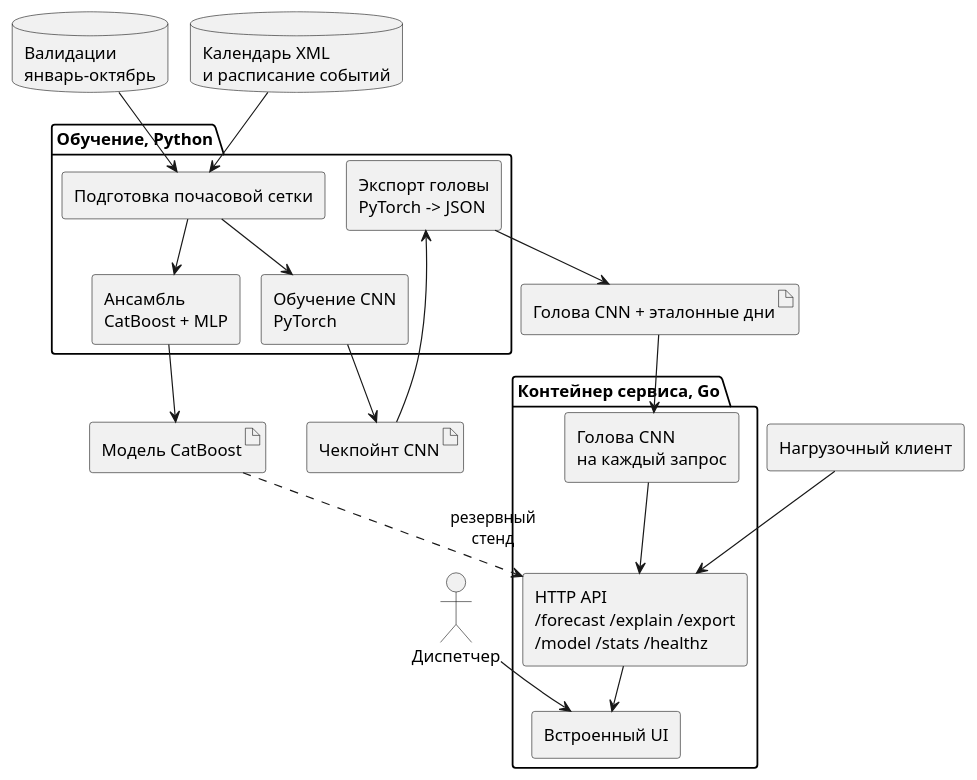
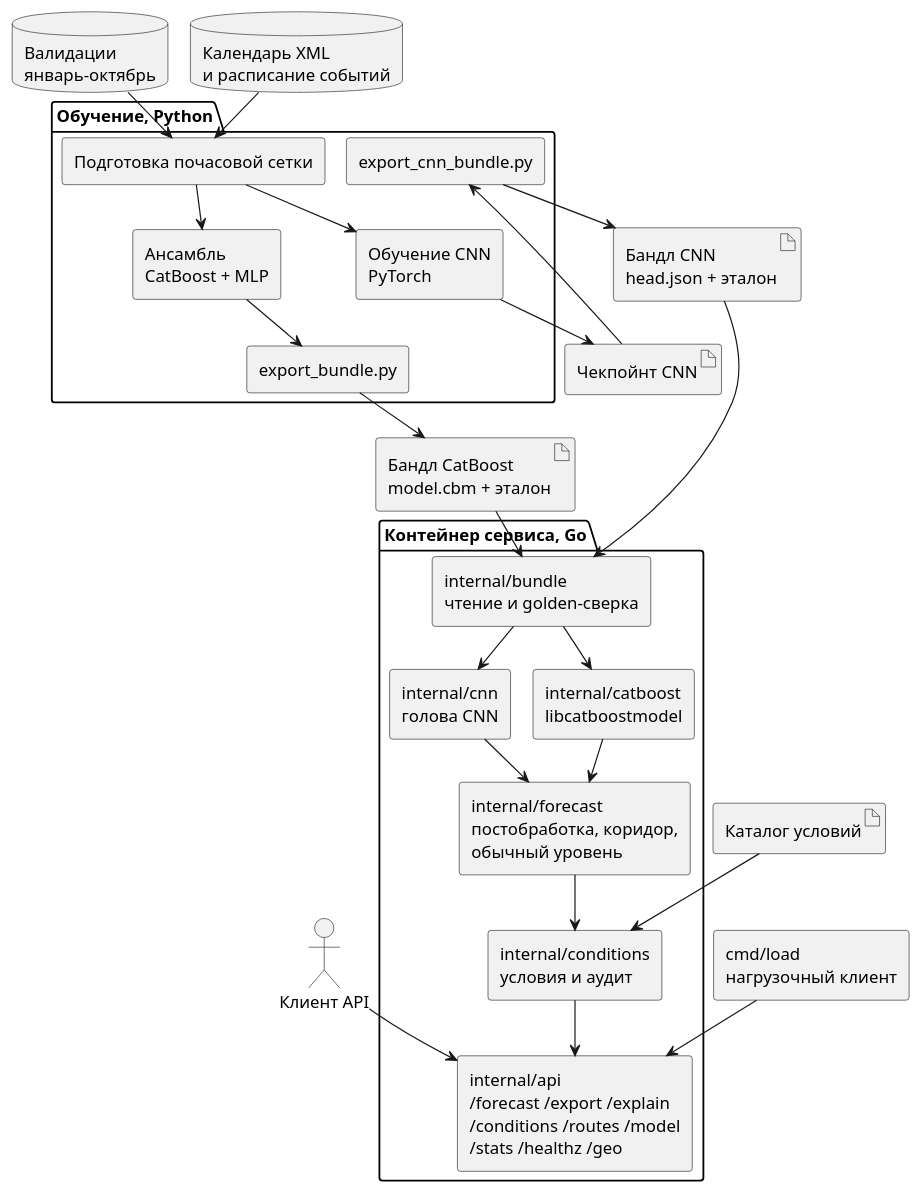
One commit to George573/trans_predicting changed the diagram in final/docs/diagrams/components.puml. Above: the diagram before and after it, drawn with PlantUML. The commit also changed 11 other files, not shown here.

Commit message:
docs: redrew the service diagrams for the two-model API

```diff
--- a/final/docs/diagrams/components.puml
+++ b/final/docs/diagrams/components.puml
@@ -1,38 +1,49 @@
 @startuml
 !pragma layout smetana
 skinparam componentStyle rectangle
 skinparam shadowing false
 skinparam defaultFontName Helvetica
-actor "Диспетчер" as user
+actor "Клиент API" as user
 package "Обучение, Python" {
   [Подготовка почасовой сетки] as prep
   [Обучение CNN\nPyTorch] as train
-  [Экспорт головы\nPyTorch -> JSON] as export
   [Ансамбль\nCatBoost + MLP] as ens
+  [export_cnn_bundle.py] as excnn
+  [export_bundle.py] as excb
 }
 database "Валидации\nянварь-октябрь" as data
 database "Календарь XML\nи расписание событий" as cal
 artifact "Чекпойнт CNN" as ckpt
-artifact "Голова CNN + эталонные дни" as head
-artifact "Модель CatBoost" as cbm
+artifact "Бандл CNN\nhead.json + эталон" as bcnn
+artifact "Бандл CatBoost\nmodel.cbm + эталон" as bcb
+artifact "Каталог условий" as cond
 package "Контейнер сервиса, Go" {
-  [HTTP API\n/forecast /explain /export\n/model /stats /healthz] as api
-  [Голова CNN\nна каждый запрос] as cnnhead
-  [Встроенный UI] as ui
+  [internal/bundle\nчтение и golden-сверка] as bundle
+  [internal/cnn\nголова CNN] as cnn
+  [internal/catboost\nlibcatboostmodel] as cb
+  [internal/forecast\nпостобработка, коридор,\nобычный уровень] as fc
+  [internal/conditions\nусловия и аудит] as cn
+  [internal/api\n/forecast /export /explain\n/conditions /routes /model\n/stats /healthz /geo] as api
 }
-[Нагрузочный клиент] as load
+[cmd/load\nнагрузочный клиент] as load
 data --> prep
 cal --> prep
 prep --> train
 prep --> ens
 train --> ckpt
-ckpt --> export
-export --> head
-head --> cnnhead
-ens --> cbm
-cbm ..> api : резервный\nстенд
-cnnhead --> api
-api --> ui
-user --> ui
+ckpt --> excnn
+excnn --> bcnn
+ens --> excb
+excb --> bcb
+bcnn --> bundle
+bcb --> bundle
+cond --> cn
+bundle --> cnn
+bundle --> cb
+cnn --> fc
+cb --> fc
+fc --> cn
+cn --> api
+user --> api
 load --> api
 @enduml
```
